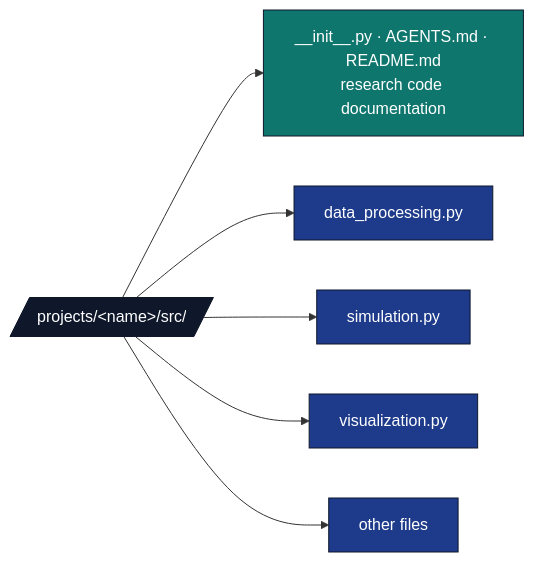
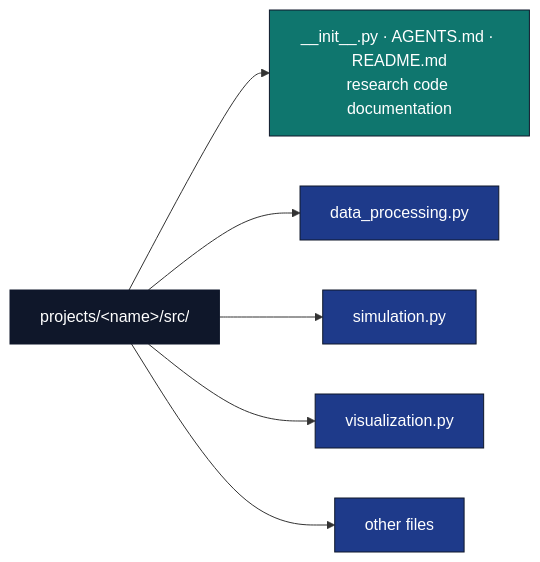
One commit to docxology/template changed the seventh of 7 diagrams in docs/rules/folder_structure.md. Above: the diagram before and after it, drawn with Mermaid. The commit also changed other lines of this file and 94 other files, not shown here.

````diff
--- a/docs/rules/folder_structure.md
+++ b/docs/rules/folder_structure.md
@@ -278,16 +278,16 @@
 ```mermaid
 flowchart LR
-    SRC[/projects/&lt;name&gt;/src//]
+    SRC[projects/&lt;name&gt;/src/]
     SRC --> META[__init__.py · AGENTS.md · README.md<br/>research code documentation]
     SRC --> DP[data_processing.py]
     SRC --> SIM[simulation.py]
     SRC --> VIZ[visualization.py]
     SRC --> OTHER[other files]
 
     classDef d fill:#0f172a,stroke:#0f172a,color:#fff
     classDef code fill:#1e3a8a,stroke:#0f172a,color:#fff
     classDef doc fill:#0f766e,stroke:#0f172a,color:#fff
     class SRC d
     class DP,SIM,VIZ,OTHER code
     class META doc
 ```
````
